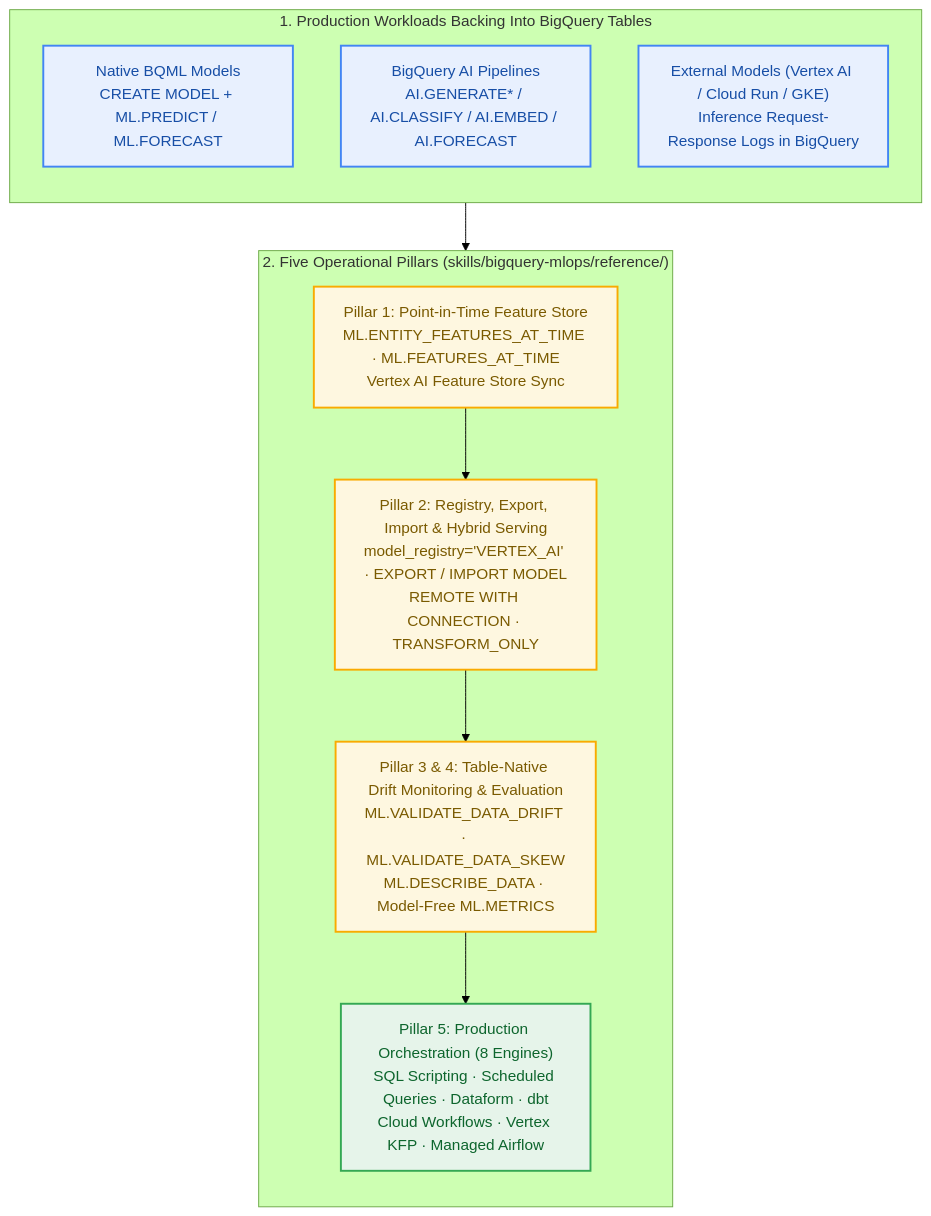
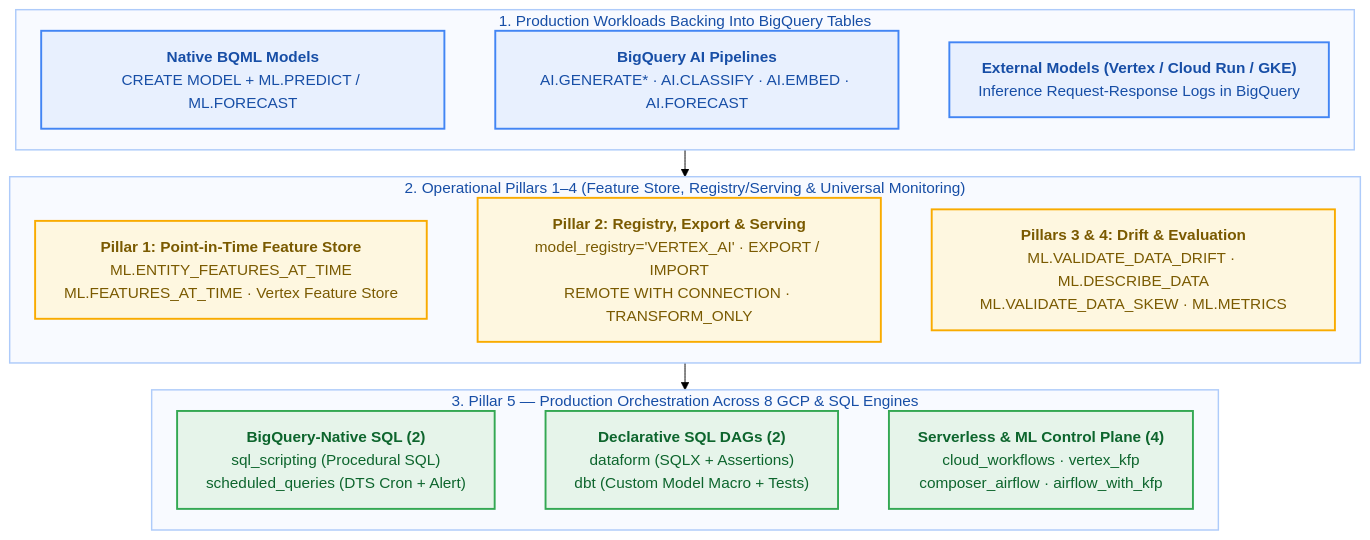
Before and after one commit to statmike/bigquery-data-science: the diagram in skills/bigquery-mlops/SKILL.md, drawn with Mermaid (forest theme). The commit also changed 5 other files, not shown here.

Commit message:
docs(mermaid): apply wrappingWidth and horizontal 3-card stage layout across all 6 remaining Mermaid diagrams

````diff
--- a/skills/bigquery-mlops/SKILL.md
+++ b/skills/bigquery-mlops/SKILL.md
@@ -16,27 +16,40 @@
 ```mermaid
+%%{init: {'flowchart': {'wrappingWidth': 360, 'nodeSpacing': 24, 'rankSpacing': 28}}}%%
 flowchart TD
     subgraph WORKLOADS["1. Production Workloads Backing Into BigQuery Tables"]
-        direction TB
-        W_BQML["Native BQML Models<br/>CREATE MODEL + ML.PREDICT / ML.FORECAST"]
-        W_BQAI["BigQuery AI Pipelines<br/>AI.GENERATE* / AI.CLASSIFY / AI.EMBED / AI.FORECAST"]
-        W_EXT["External Models (Vertex AI / Cloud Run / GKE)<br/>Inference Request-Response Logs in BigQuery"]
+        direction LR
+        W_BQML["<b>Native BQML Models</b><br/>CREATE MODEL + ML.PREDICT / ML.FORECAST"]
+        W_BQAI["<b>BigQuery AI Pipelines</b><br/>AI.GENERATE* · AI.CLASSIFY · AI.EMBED · AI.FORECAST"]
+        W_EXT["<b>External Models (Vertex / Cloud Run / GKE)</b><br/>Inference Request-Response Logs in BigQuery"]
+        W_BQML ~~~ W_BQAI ~~~ W_EXT
     end
 
-    subgraph PILLARS["2. Five Operational Pillars (skills/bigquery-mlops/reference/)"]
-        direction TB
-        P_FS["Pillar 1: Point-in-Time Feature Store<br/>ML.ENTITY_FEATURES_AT_TIME · ML.FEATURES_AT_TIME<br/>Vertex AI Feature Store Sync"]
-        P_REG["Pillar 2: Registry, Export, Import & Hybrid Serving<br/>model_registry='VERTEX_AI' · EXPORT / IMPORT MODEL<br/>REMOTE WITH CONNECTION · TRANSFORM_ONLY"]
-        P_MON["Pillar 3 & 4: Table-Native Drift Monitoring & Evaluation<br/>ML.VALIDATE_DATA_DRIFT · ML.VALIDATE_DATA_SKEW<br/>ML.DESCRIBE_DATA · Model-Free ML.METRICS"]
-        P_ORCH["Pillar 5: Production Orchestration (8 Engines)<br/>SQL Scripting · Scheduled Queries · Dataform · dbt<br/>Cloud Workflows · Vertex KFP · Managed Airflow"]
-        P_FS --> P_REG --> P_MON --> P_ORCH
+    subgraph PILLARS["2. Operational Pillars 1–4 (Feature Store, Registry/Serving &amp; Universal Monitoring)"]
+        direction LR
+        P_FS["<b>Pillar 1: Point-in-Time Feature Store</b><br/>ML.ENTITY_FEATURES_AT_TIME<br/>ML.FEATURES_AT_TIME · Vertex Feature Store"]
+        P_REG["<b>Pillar 2: Registry, Export &amp; Serving</b><br/>model_registry='VERTEX_AI' · EXPORT / IMPORT<br/>REMOTE WITH CONNECTION · TRANSFORM_ONLY"]
+        P_MON["<b>Pillars 3 &amp; 4: Drift &amp; Evaluation</b><br/>ML.VALIDATE_DATA_DRIFT · ML.DESCRIBE_DATA<br/>ML.VALIDATE_DATA_SKEW · ML.METRICS"]
+        P_FS ~~~ P_REG ~~~ P_MON
     end
 
-    WORKLOADS --> PILLARS
+    subgraph ORCH["3. Pillar 5 — Production Orchestration Across 8 GCP &amp; SQL Engines"]
+        direction LR
+        O_SQL["<b>BigQuery-Native SQL (2)</b><br/>sql_scripting (Procedural SQL)<br/>scheduled_queries (DTS Cron + Alert)"]
+        O_DAG["<b>Declarative SQL DAGs (2)</b><br/>dataform (SQLX + Assertions)<br/>dbt (Custom Model Macro + Tests)"]
+        O_CP["<b>Serverless &amp; ML Control Plane (4)</b><br/>cloud_workflows · vertex_kfp<br/>composer_airflow · airflow_with_kfp"]
+        O_SQL ~~~ O_DAG ~~~ O_CP
+    end
+
+    WORKLOADS --> PILLARS --> ORCH
+
+    style WORKLOADS fill:#F8FAFF,stroke:#AECBFA,stroke-width:1.5px,color:#174EA6
+    style PILLARS fill:#F8FAFF,stroke:#AECBFA,stroke-width:1.5px,color:#174EA6
+    style ORCH fill:#F8FAFF,stroke:#AECBFA,stroke-width:1.5px,color:#174EA6
 
     classDef data fill:#E8F0FE,stroke:#4285F4,stroke-width:2px,color:#174EA6
     classDef config fill:#FEF7E0,stroke:#F9AB00,stroke-width:2px,color:#7A5A00
     classDef compute fill:#E6F4EA,stroke:#34A853,stroke-width:2px,color:#0D652D
     class W_BQML,W_BQAI,W_EXT data
     class P_FS,P_REG,P_MON config
-    class P_ORCH compute
+    class O_SQL,O_DAG,O_CP compute
 ```
````
